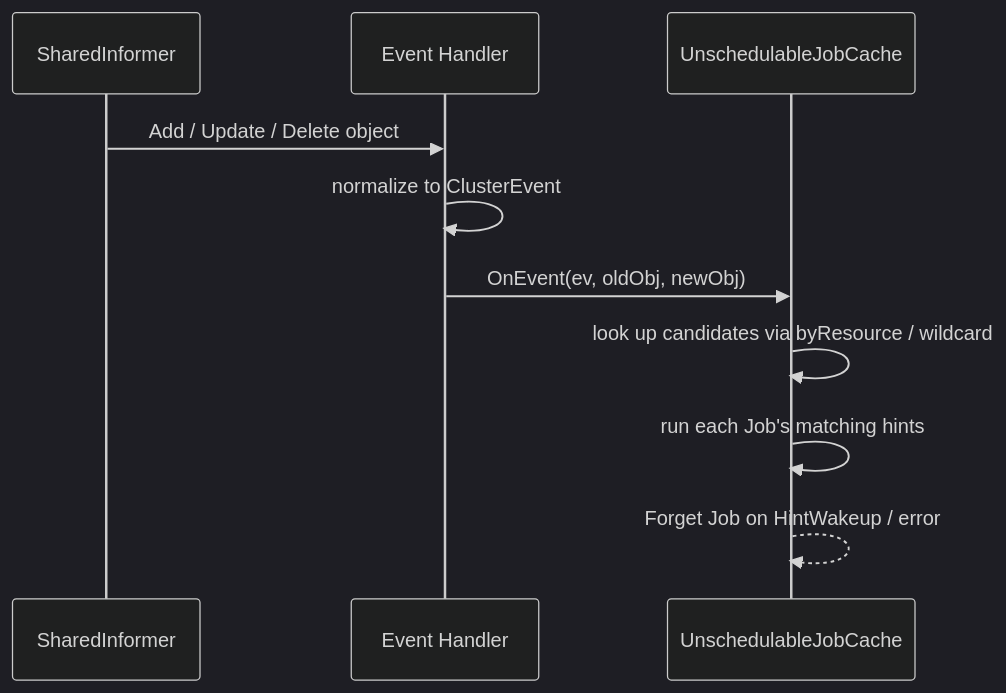
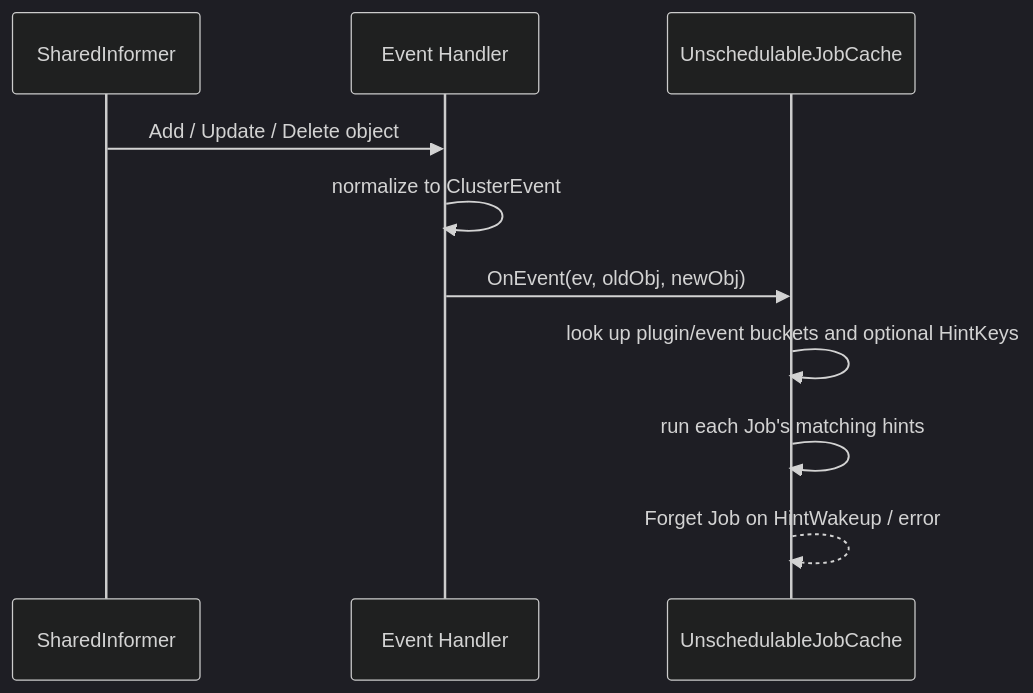
Before and after one commit to JesseStutler/volcano: the second of 4 diagrams in docs/design/unschedulable-job-cache.md, drawn with Mermaid (dark theme). The commit also changed other lines of this file, not shown here.

````diff
--- a/docs/design/unschedulable-job-cache.md
+++ b/docs/design/unschedulable-job-cache.md
@@ -682,13 +968,13 @@
 ```mermaid
 sequenceDiagram
     participant Informer as SharedInformer
     participant Dispatch as Event Handler
     participant UJC as UnschedulableJobCache
 
     Informer->>Dispatch: Add / Update / Delete object
     Dispatch->>Dispatch: normalize to ClusterEvent
     Dispatch->>UJC: OnEvent(ev, oldObj, newObj)
-    UJC->>UJC: look up candidates via byResource / wildcard
+    UJC->>UJC: look up plugin/event buckets and optional HintKeys
     UJC->>UJC: run each Job's matching hints
     UJC-->>UJC: Forget Job on HintWakeup / error
 ```
````
